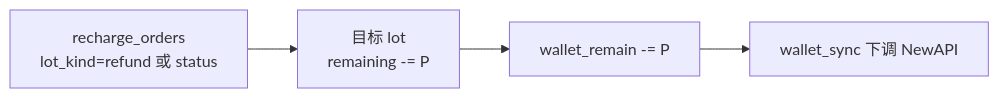
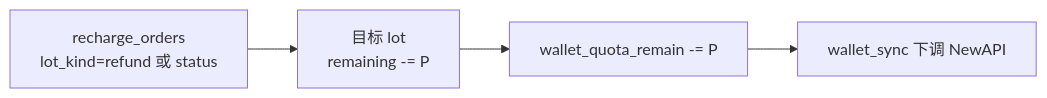
Before and after one commit to quyip8818/mytokenjoy: the third of 3 diagrams in docs/plan/Backend-退款与冲正.md, drawn with Mermaid. The commit also changed other lines of this file and 43 other files, not shown here.

Commit message:
rename wallet_remain → wallet_quota_remain

````diff
--- a/docs/plan/Backend-退款与冲正.md
+++ b/docs/plan/Backend-退款与冲正.md
@@ -173,6 +173,6 @@
 ```mermaid
 flowchart LR
   Ord["recharge_orders<br/>lot_kind=refund 或 status"] --> Lot["目标 lot<br/>remaining -= P"]
-  Lot --> W["wallet_remain -= P"]
+  Lot --> W["wallet_quota_remain -= P"]
   W --> Sync["wallet_sync 下调 NewAPI"]
 ```
````
